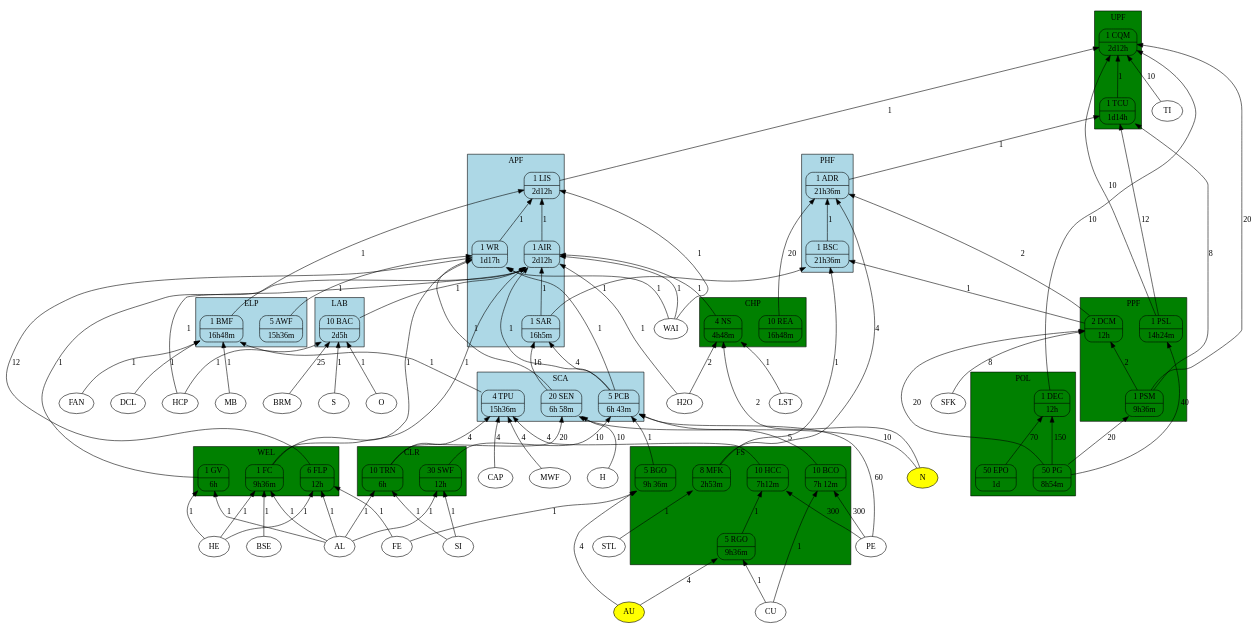
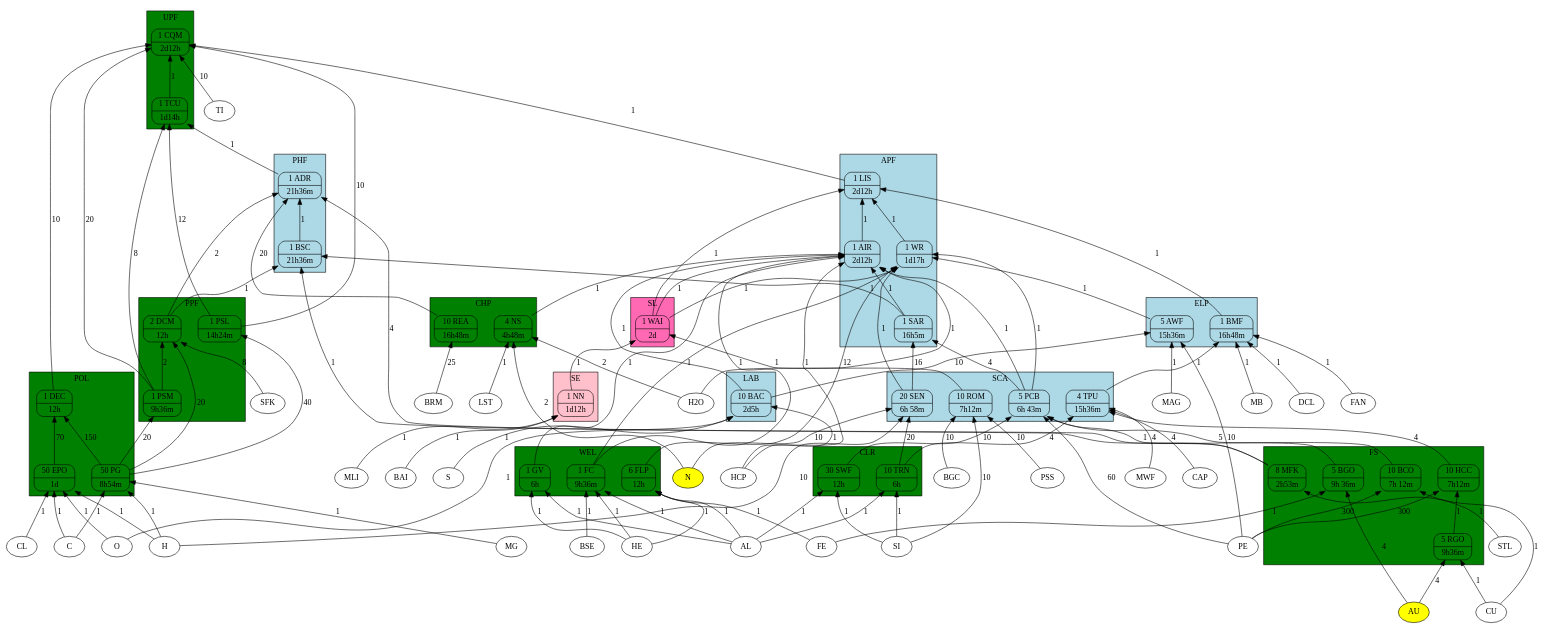
The diagram in CQM.dot (LoafPrUn/prun-materials), drawn with Graphviz before and after one commit.

```diff
--- a/CQM.dot
+++ b/CQM.dot
@@ -84,12 +84,40 @@
     DEC -> PG [label=150]
     DEC -> EPO [label=70]
 
+    PG -> H [label=1]
+    PG -> C [label=1]
+    PG -> MG [label=1]
+
+    EPO -> H [label=1]
+    EPO -> C [label=1]
+    EPO -> O [label=1]
+    EPO -> CL [label=1]
+
+    subgraph cluster_SL {
+        label = "SL"
+        style = filled fillcolor=hotpink
+        WAI [shape=Mrecord, label="{1 WAI|2d}"]
+    }
+
+    WAI -> NN [label=1]
+    WAI -> ROM [label=1]
+    
+    subgraph cluster_SE {
+        label = "SE"
+        style = filled fillcolor=pink
+        NN [shape=Mrecord, label="{1 NN|1d12h}"]
+    }
+
+    NN -> BAI [label=1]
+    NN -> MLI [label=1]
+    
     subgraph cluster_SCA {
         label = "SCA"
         style = filled fillcolor=lightblue 
         SEN [shape=Mrecord, label="{20 SEN|6h 58m}"]
         PCB [shape=Mrecord, label="{5 PCB|6h 43m}"]
         TPU [shape=Mrecord, label="{4 TPU|15h36m}"]
+        ROM [shape=Mrecord, label="{10 ROM|7h12m}"]
     }
 
     PCB -> SWF [label=10]
@@ -106,6 +134,10 @@
     TPU -> CAP [label=4]
     TPU -> HCC [label=4]
 
+    ROM -> PSS [label=10]
+    ROM -> BGC [label=10]
+    ROM -> SI  [label=10]
+
     subgraph cluster_ELP {
         label = "ELP"
         style = filled fillcolor=lightblue
@@ -117,6 +149,10 @@
     BMF -> FAN [label=1]
     BMF -> MB  [label=1]
     BMF -> DCL [label=1]
+
+    AWF -> MAG [label=1]
+    AWF -> BAC [label=10]
+    AWF -> PE  [label=10]
 
     subgraph cluster_CLR {
         label = "CLR"
@@ -172,7 +208,7 @@
         NS  [shape=Mrecord, label="{4 NS|4h48m}"]
     }
 
-    BAC -> BRM [label=25]
+    REA -> BRM [label=25]
 
     NS -> H2O [label=2]
     NS -> N   [label=2]
```
